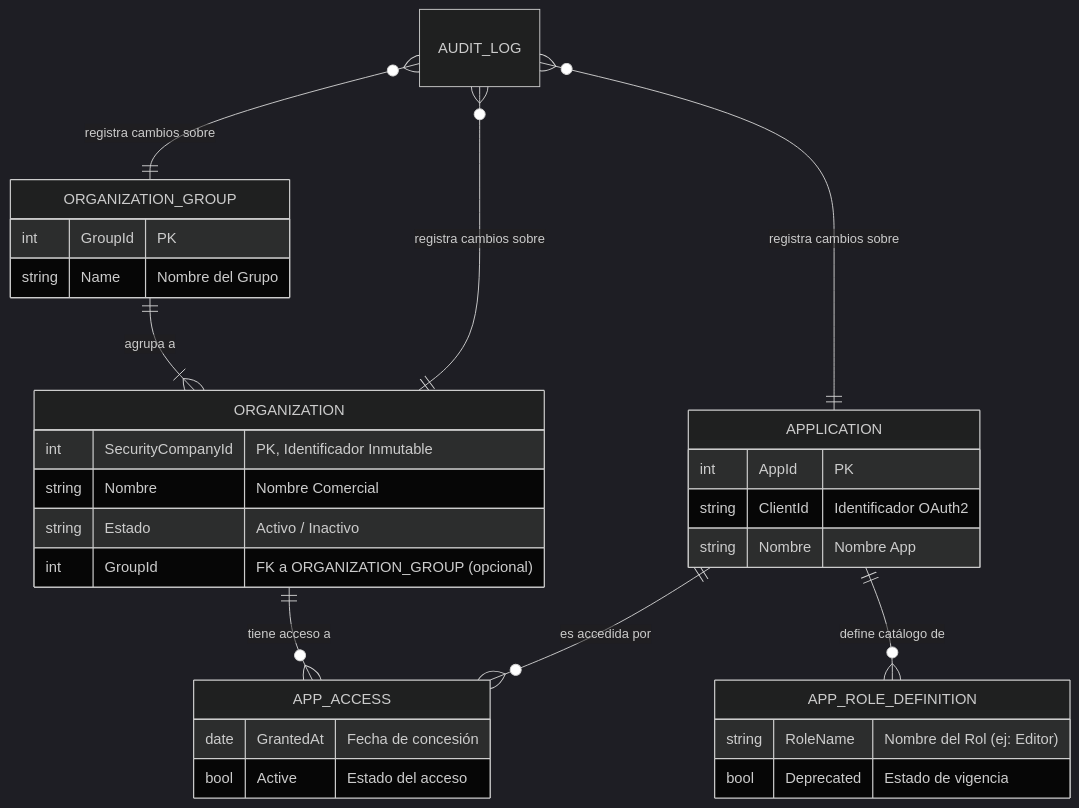
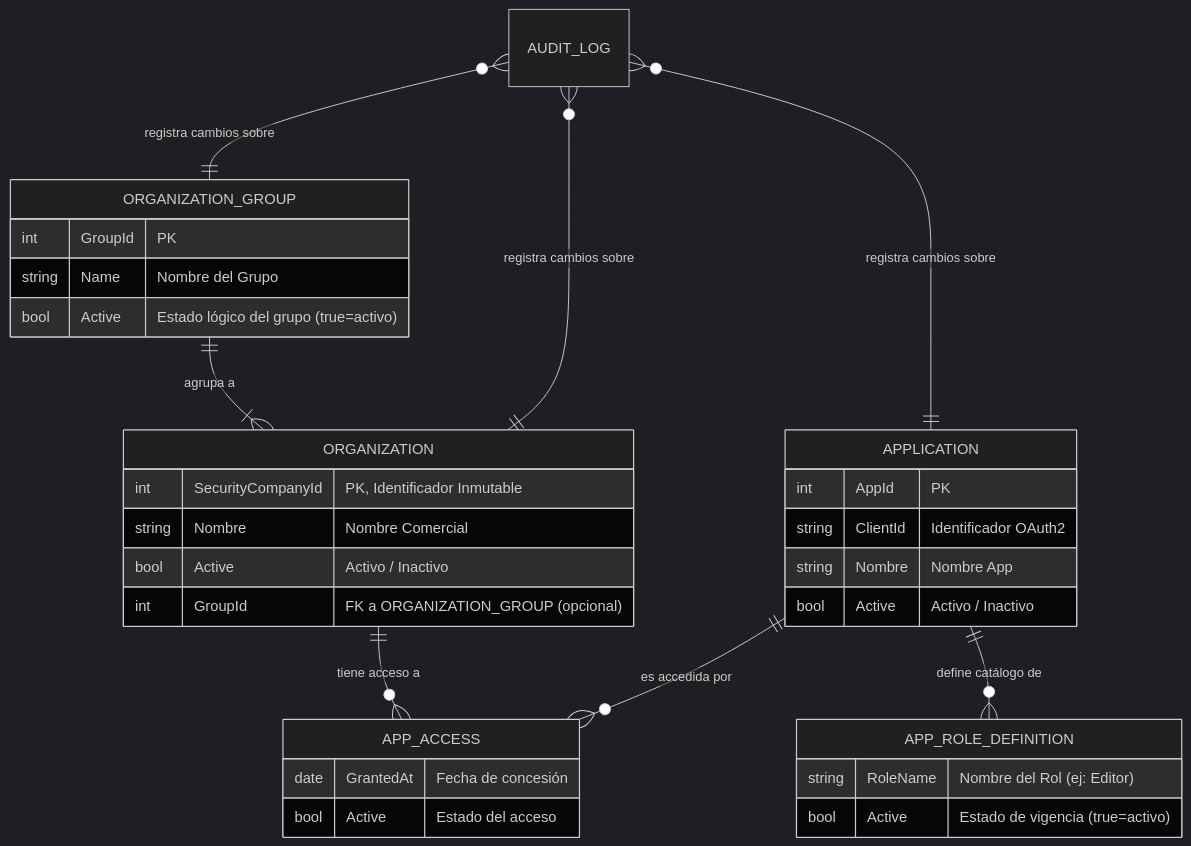
One commit to malbert-infoport/AI4Devs changed the fifth of 6 diagrams in 01-Descripción general del Producto.md. Above: the diagram before and after it, drawn with Mermaid (dark theme). The commit also changed other lines of this file, not shown here.

Commit message:
Se añaden las propiedades Active a las clases de los eventos

````diff
--- a/01-Descripción general del Producto.md
+++ b/01-Descripción general del Producto.md
@@ -449,39 +452,41 @@
 ```mermaid
 erDiagram
     ORGANIZATION_GROUP ||--|{ ORGANIZATION : "agrupa a"
     ORGANIZATION ||--o{ APP_ACCESS : "tiene acceso a"
     
     ORGANIZATION_GROUP {
         int GroupId "PK"
         string Name "Nombre del Grupo"
+        bool Active "Estado lógico del grupo (true=activo)"
     }
 
     ORGANIZATION {
         int SecurityCompanyId "PK, Identificador Inmutable"
         string Nombre "Nombre Comercial"
-        string Estado "Activo / Inactivo"
+        bool Active "Activo / Inactivo"
         int GroupId "FK a ORGANIZATION_GROUP (opcional)"
     }
     
     APPLICATION ||--o{ APP_ACCESS : "es accedida por"
     APPLICATION ||--o{ APP_ROLE_DEFINITION : "define catálogo de"
     APPLICATION {
         int AppId "PK"
         string ClientId "Identificador OAuth2"
         string Nombre "Nombre App"
+        bool Active "Activo / Inactivo"
     }
     
     APP_ROLE_DEFINITION {
         string RoleName "Nombre del Rol (ej: Editor)"
-        bool Deprecated "Estado de vigencia"
+        bool Active "Estado de vigencia (true=activo)"
     }
     
     APP_ACCESS {
         date GrantedAt "Fecha de concesión"
         bool Active "Estado del acceso"
     }
     
     AUDIT_LOG }o--|| ORGANIZATION : "registra cambios sobre"
     AUDIT_LOG }o--|| APPLICATION : "registra cambios sobre"
     AUDIT_LOG }o--|| ORGANIZATION_GROUP : "registra cambios sobre"
 ```
````
